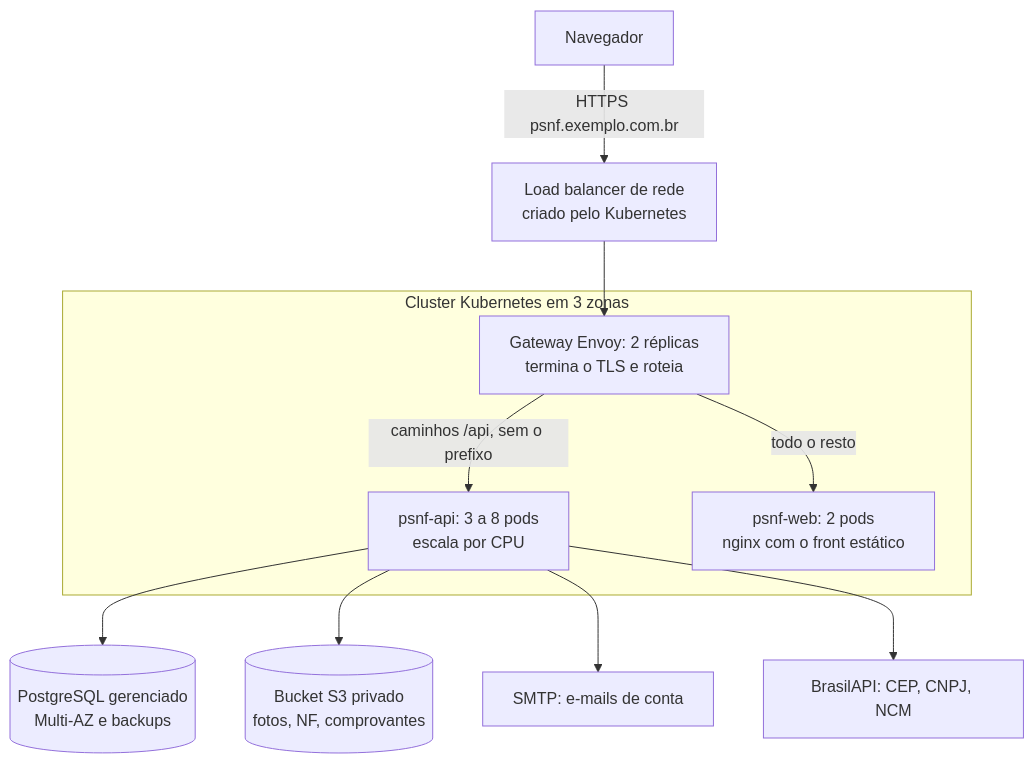
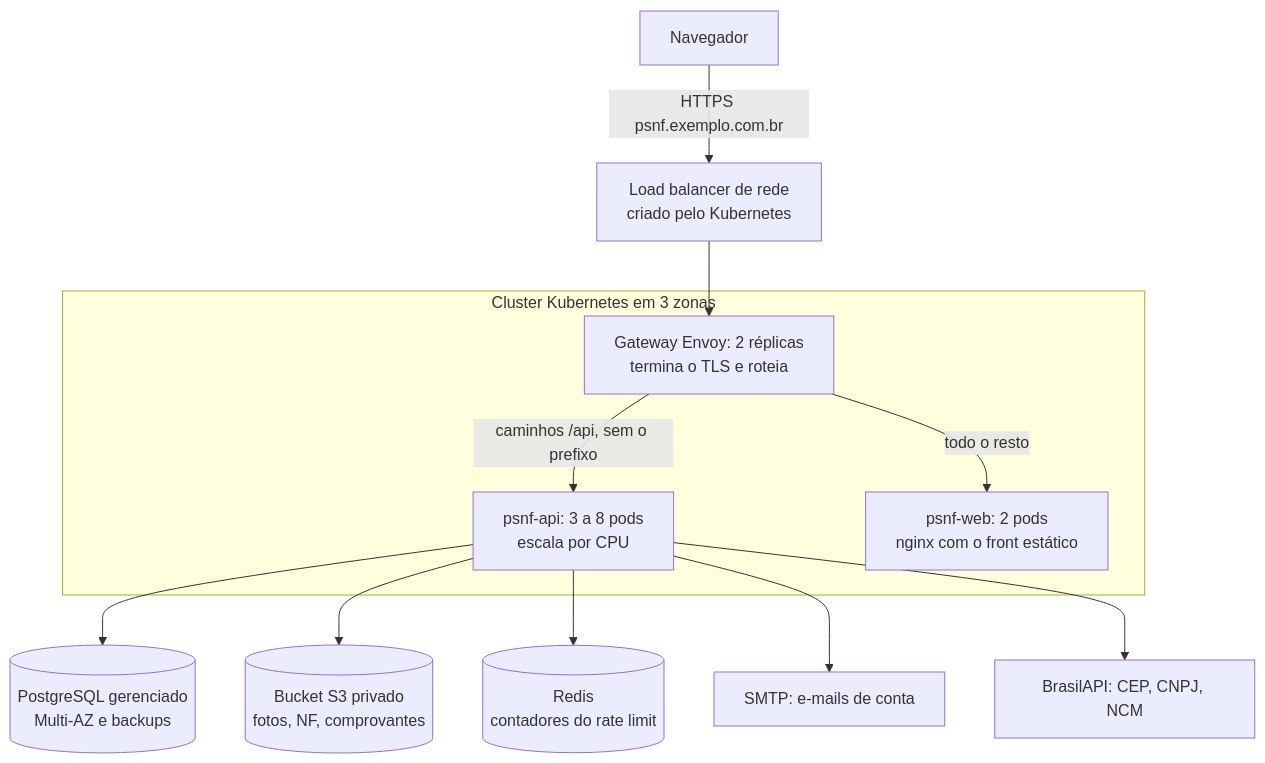
The diagram in README-KUBERNETES.md (PedroMiceli/PSNF-CORE), drawn with Mermaid before and after one commit. The commit also changed other lines of this file and 16 other files, not shown here.

First line of the commit message:
Rate limit com os baldes no Redis (limite global entre as instâncias)

````diff
--- a/README-KUBERNETES.md
+++ b/README-KUBERNETES.md
@@ -30,18 +30,19 @@
 ```mermaid
 flowchart TB
     U["Navegador"] -->|"HTTPS psnf.exemplo.com.br"| LB["Load balancer de rede<br/>criado pelo Kubernetes"]
 
     subgraph K8S["Cluster Kubernetes em 3 zonas"]
         GW["Gateway Envoy: 2 réplicas<br/>termina o TLS e roteia"]
         API["psnf-api: 3 a 8 pods<br/>escala por CPU"]
         WEB["psnf-web: 2 pods<br/>nginx com o front estático"]
         GW -->|"caminhos /api, sem o prefixo"| API
         GW -->|"todo o resto"| WEB
     end
 
     LB --> GW
     API --> DB[("PostgreSQL gerenciado<br/>Multi-AZ e backups")]
     API --> S3[("Bucket S3 privado<br/>fotos, NF, comprovantes")]
+    API --> RD[("Redis<br/>contadores do rate limit")]
     API --> SMTP["SMTP: e-mails de conta"]
     API --> BR["BrasilAPI: CEP, CNPJ, NCM"]
 ```
````
